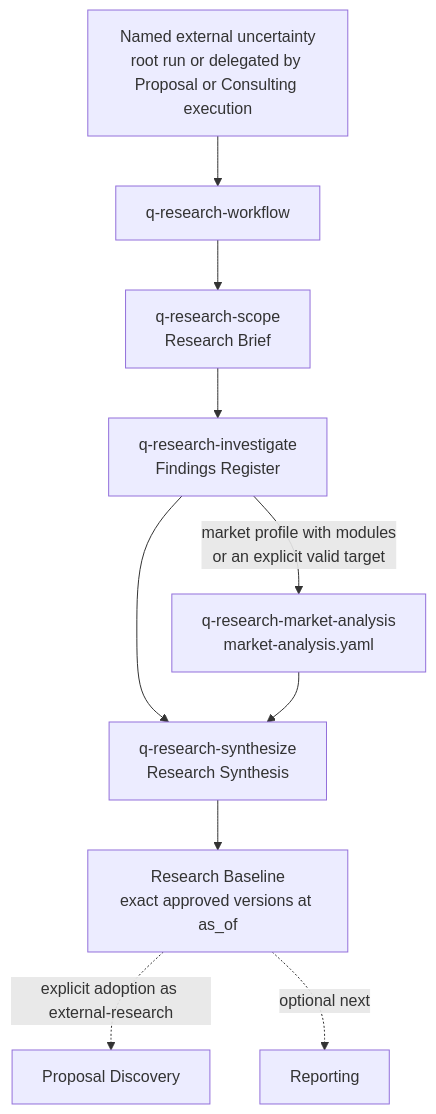
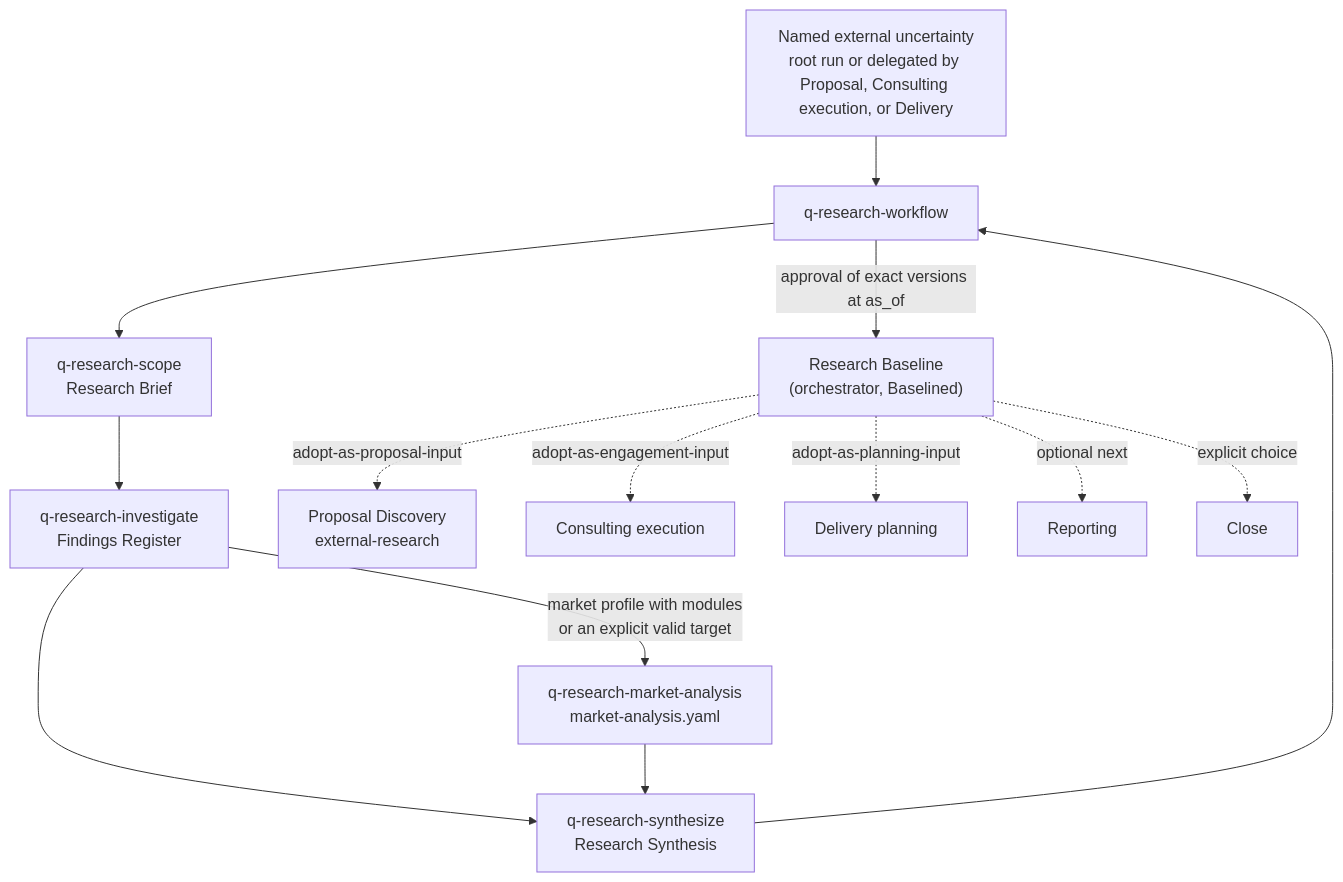
The diagram in skills/research/README.md (flaviogragnolati/ai-workflow), drawn with Mermaid before and after one commit. The commit also changed other lines of this file and 21 other files, not shown here.

````diff
--- a/skills/research/README.md
+++ b/skills/research/README.md
@@ -9,12 +9,16 @@
 ```mermaid
 flowchart TB
-    U["Named external uncertainty<br/>root run or delegated by Proposal or Consulting execution"] --> W["q-research-workflow"]
+    U["Named external uncertainty<br/>root run or delegated by Proposal, Consulting execution, or Delivery"] --> W["q-research-workflow"]
     W --> S1["q-research-scope<br/>Research Brief"]
     S1 --> S2["q-research-investigate<br/>Findings Register"]
     S2 -->|"market profile with modules<br/>or an explicit valid target"| S3["q-research-market-analysis<br/>market-analysis.yaml"]
     S2 --> S4["q-research-synthesize<br/>Research Synthesis"]
     S3 --> S4
-    S4 --> B["Research Baseline<br/>exact approved versions at as_of"]
-    B -. "explicit adoption as external-research" .-> P["Proposal Discovery"]
+    S4 --> W
+    W -->|"approval of exact versions at as_of"| B["Research Baseline<br/>(orchestrator, Baselined)"]
+    B -. "adopt-as-proposal-input" .-> P["Proposal Discovery<br/>external-research"]
+    B -. "adopt-as-engagement-input" .-> CE["Consulting execution"]
+    B -. "adopt-as-planning-input" .-> DL["Delivery planning"]
     B -. "optional next" .-> R["Reporting"]
+    B -. "explicit choice" .-> X["Close"]
 ```
````
